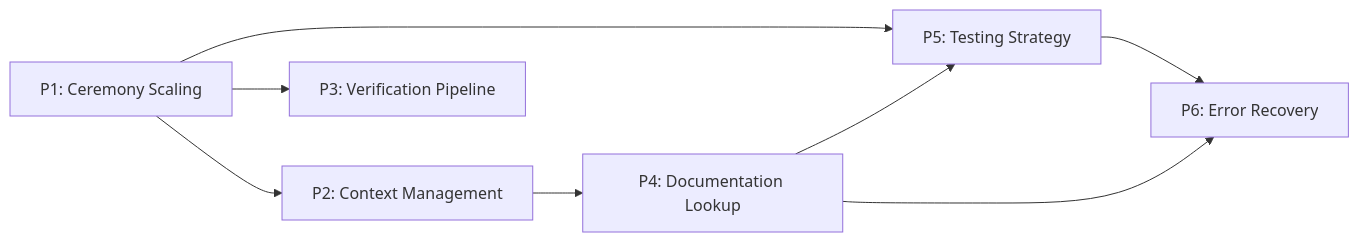
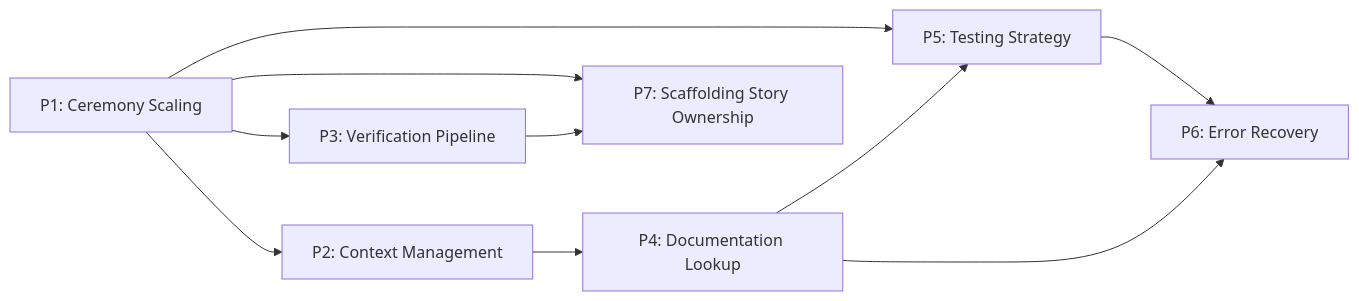
Before and after one commit to gleeb/ai-registry: the diagram in opencode/improvement-proposals/INDEX.md, drawn with Mermaid. The commit also changed other lines of this file and 7 other files, not shown here.

First line of the commit message:
fix(sdlc): scaffolder owns full scaffolding-story lifecycle (P7)

````diff
--- a/opencode/improvement-proposals/INDEX.md
+++ b/opencode/improvement-proposals/INDEX.md
@@ -38,17 +39,20 @@
 ```mermaid
 flowchart LR
     P1["P1: Ceremony Scaling"]
     P2["P2: Context Management"]
     P3["P3: Verification Pipeline"]
     P4["P4: Documentation Lookup"]
     P5["P5: Testing Strategy"]
     P6["P6: Error Recovery"]
+    P7["P7: Scaffolding Story Ownership"]
 
     P1 --> P2
     P1 --> P3
     P1 --> P5
+    P1 --> P7
     P2 --> P4
     P4 --> P5
     P5 --> P6
     P4 --> P6
+    P3 --> P7
 ```
````
